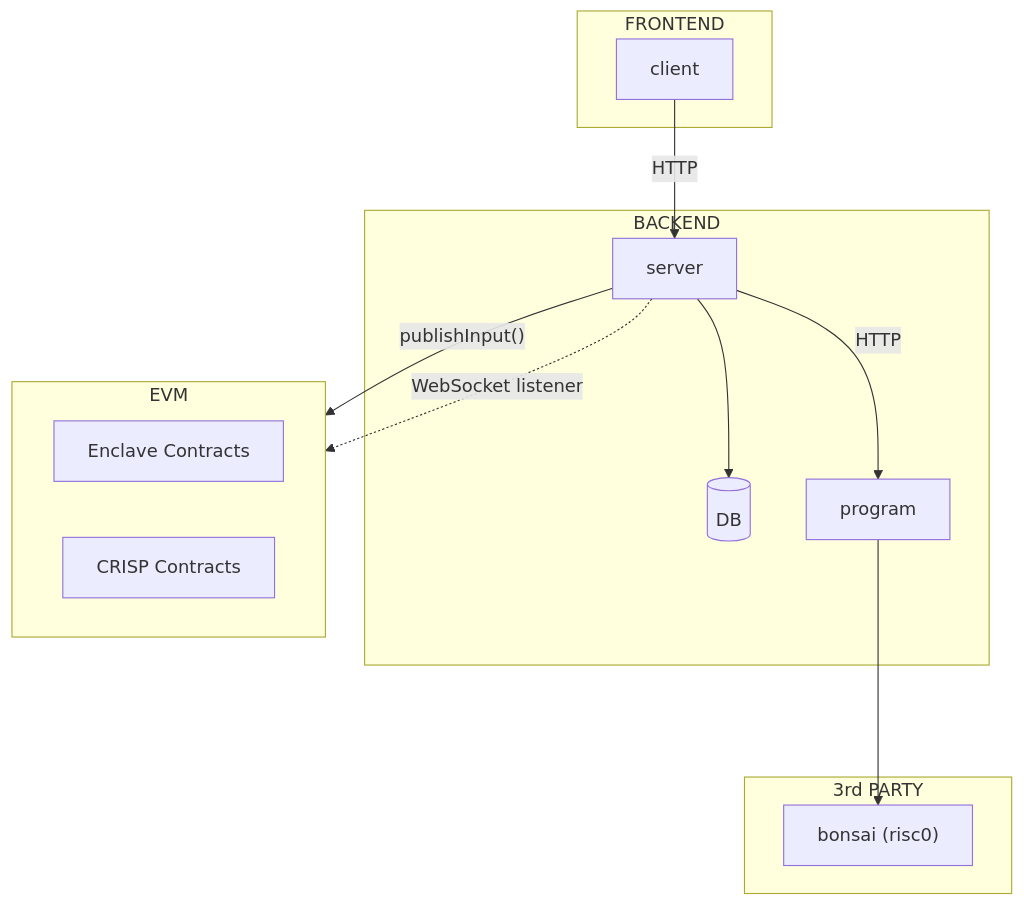
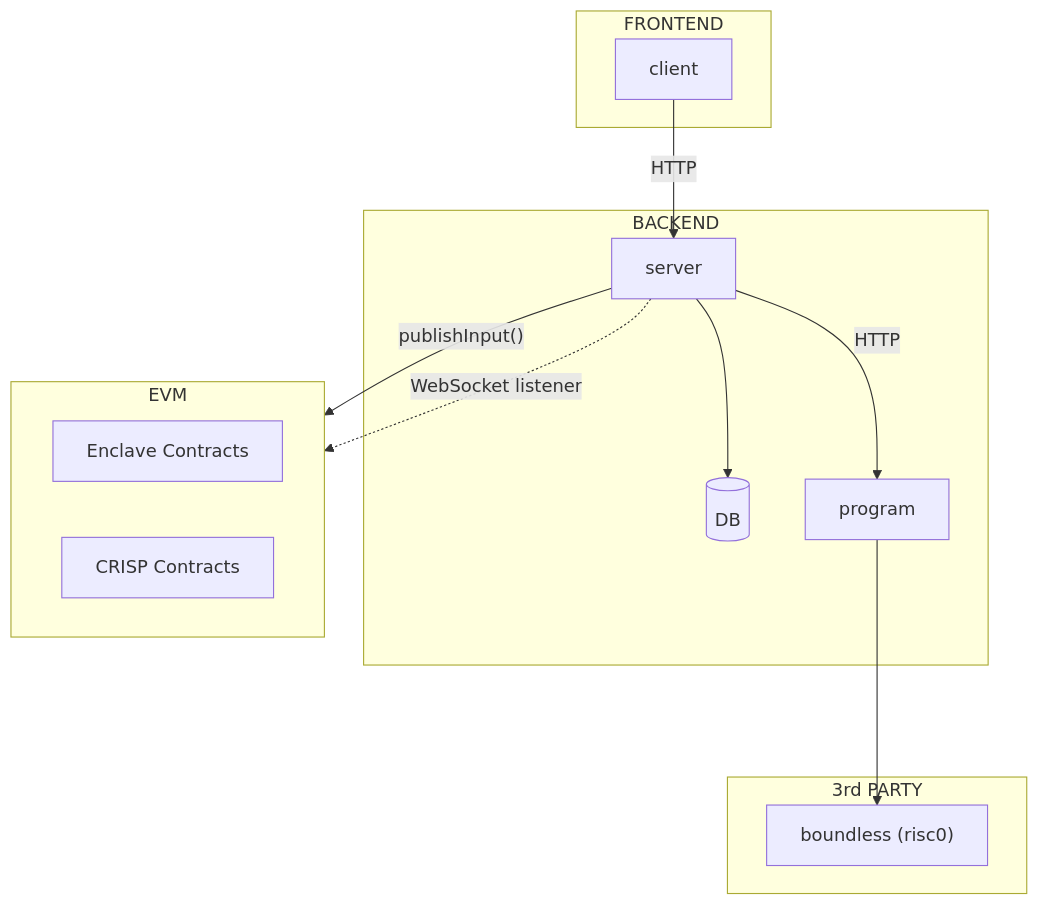
One commit to theinterfold/CRISP changed the diagram in program/README.md. Above: the diagram before and after it, drawn with Mermaid. The commit also changed 1 other file, not shown here.

Commit message:
chore: enclave docs [skip-line-limit] (#1021)

````diff
--- a/program/README.md
+++ b/program/README.md
@@ -9,26 +9,26 @@
 ```mermaid
 graph TD
   subgraph frontend["FRONTEND"]
     client
   end
   subgraph ec2_1["BACKEND"]
     server["server"] --> db
     db[(DB)]
 
     server --HTTP--> program
   end
   subgraph thirdparty["3rd PARTY"]
-    bonsai
+    boundless
   end
   client --"HTTP"--> server
-  program ---> bonsai
+  program ---> boundless
 
-  bonsai["bonsai (risc0)"]
+  boundless["boundless (risc0)"]
 
   server --"publishInput()"--> evm
   subgraph evm["EVM"]
     esol1["Enclave Contracts"]
     csol1["CRISP Contracts"]
   end
   server -. "WebSocket listener" .-> evm
 ```
````
